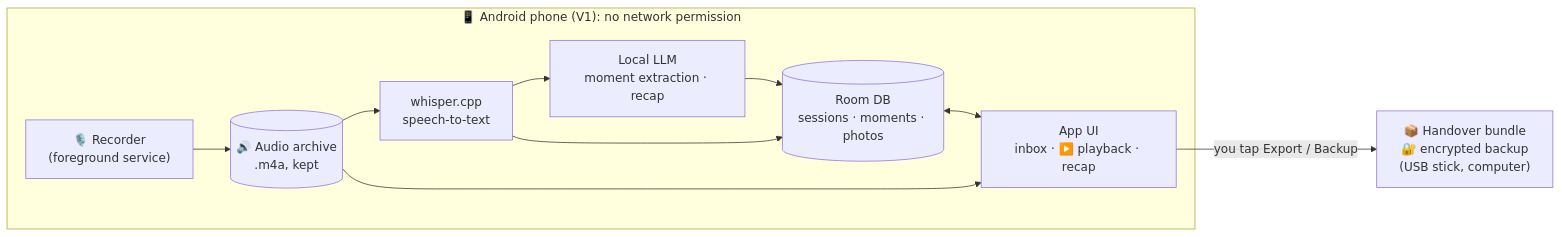
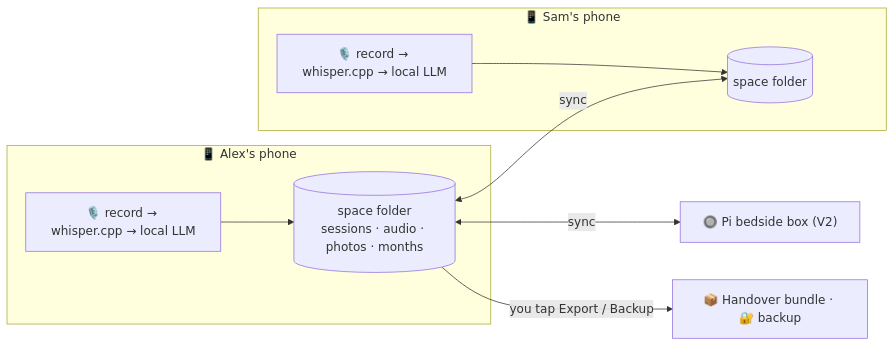
Before and after one commit to noahblauensteiner/dream2gether: the diagram in docs/architecture.md, drawn with Mermaid. The commit also changed other lines of this file and 6 other files, not shown here.

First line of the commit message:
Shared space: either phone records, nights synced as .md session files

````diff
--- a/docs/architecture.md
+++ b/docs/architecture.md
@@ -15,16 +15,13 @@
 ```mermaid
 flowchart LR
-  subgraph phone["📱 Android phone (V1): no network permission"]
-    rec["🎙️ Recorder<br/>(foreground service)"]
-    audio[("🔊 Audio archive<br/>.m4a, kept")]
-    stt["whisper.cpp<br/>speech-to-text"]
-    llm["Local LLM<br/>moment extraction · recap"]
-    db[("Room DB<br/>sessions · moments · photos")]
-    ui["App UI<br/>inbox · ▶️ playback · recap"]
-    rec --> audio --> stt --> llm --> db
-    stt --> db
-    db <--> ui
-    audio --> ui
+  subgraph pa["📱 Alex's phone"]
+    ra["🎙️ record → whisper.cpp → local LLM"] --> fa[("space folder<br/>sessions · audio · photos · months")]
   end
-  ui -- "you tap Export / Backup" --> out["📦 Handover bundle<br/>🔐 encrypted backup<br/>(USB stick, computer)"]
+  subgraph pb["📱 Sam's phone"]
+    rb["🎙️ record → whisper.cpp → local LLM"] --> fb[("space folder")]
+  end
+  box["🔘 Pi bedside box (V2)"]
+  fa <-- "sync" --> fb
+  fa <-- "sync" --> box
+  fa -- "you tap Export / Backup" --> out["📦 Handover bundle · 🔐 backup"]
 ```
````
